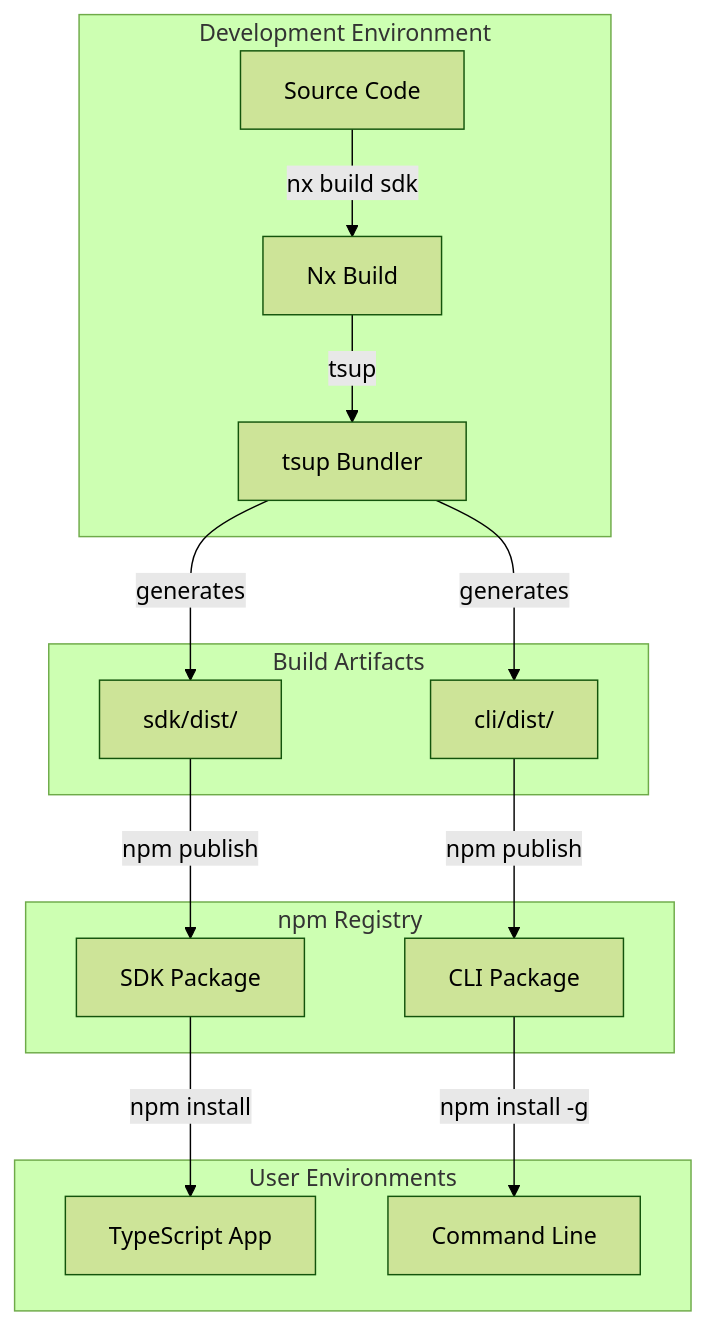
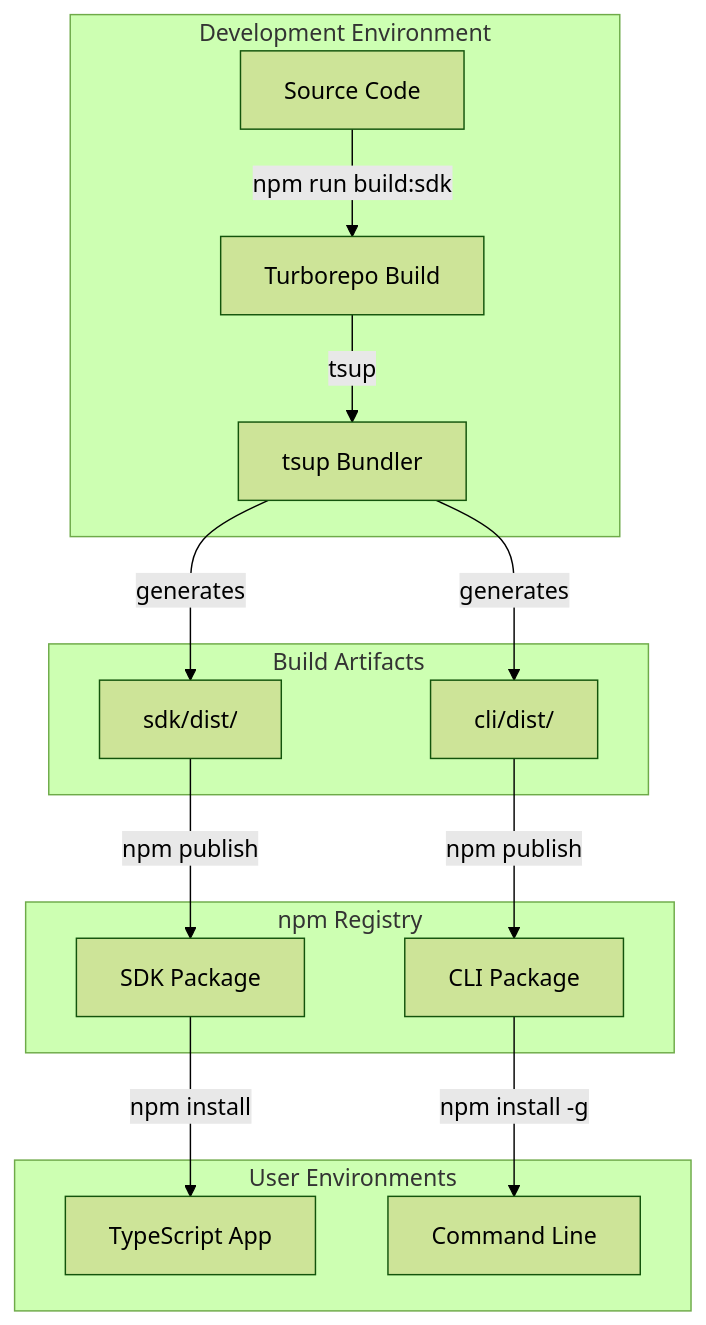
Before and after one commit to aignostics/typescript-sdk: diagram 11 of 15 in docs/SOFTWARE_ARCHITECTURE.md, drawn with Mermaid (forest theme). The commit also changed other lines of this file and 20 other files, not shown here.

````diff
--- a/docs/SOFTWARE_ARCHITECTURE.md
+++ b/docs/SOFTWARE_ARCHITECTURE.md
@@ -539,34 +539,34 @@
 ```mermaid
 graph TB
     subgraph "Development Environment"
         CODE[Source Code]
-        NX[Nx Build]
+        TURBO[Turborepo Build]
         TSUP[tsup Bundler]
     end
     
     subgraph "Build Artifacts"
         SDK_DIST[sdk/dist/]
         CLI_DIST[cli/dist/]
     end
     
     subgraph "npm Registry"
         SDK_PKG[SDK Package]
         CLI_PKG[CLI Package]
     end
     
     subgraph "User Environments"
         APP[TypeScript App]
         TERMINAL[Command Line]
     end
     
-    CODE -->|nx build sdk| NX
-    NX -->|tsup| TSUP
+    CODE -->|npm run build:sdk| TURBO
+    TURBO -->|tsup| TSUP
     TSUP -->|generates| SDK_DIST
     TSUP -->|generates| CLI_DIST
     
     SDK_DIST -->|npm publish| SDK_PKG
     CLI_DIST -->|npm publish| CLI_PKG
     
     SDK_PKG -->|npm install| APP
     CLI_PKG -->|npm install -g| TERMINAL
 ```
````
